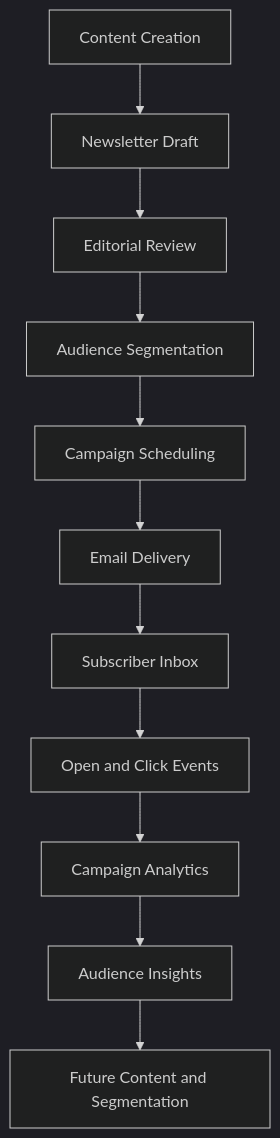
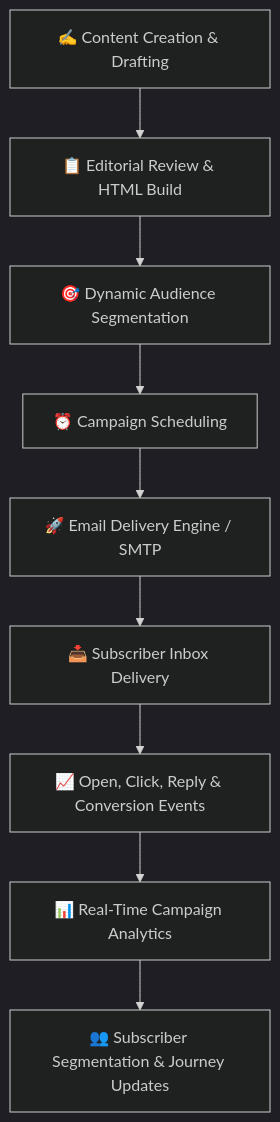
One commit to ishandutta2007/Awesome-Newsletter-Platform changed the first of 2 diagrams in README.md. Above: the diagram before and after it, drawn with Mermaid (dark theme). The commit also changed other lines of this file and 1 other file, not shown here.

````diff
--- a/README.md
+++ b/README.md
@@ -633,33 +389,11 @@
 ```mermaid
-
 flowchart TD
-
-    A[Content Creation] --> B[Newsletter Draft]
-
-    B --> C[Editorial Review]
-
-    C --> D[Audience Segmentation]
-
-
-
-    D --> E[Campaign Scheduling]
-
-    E --> F[Email Delivery]
-
-
-
-    F --> G[Subscriber Inbox]
-
-
-
-    G --> H[Open and Click Events]
-
-    H --> I[Campaign Analytics]
-
-
-
-    I --> J[Audience Insights]
-
-    J --> K[Future Content and Segmentation]
-
+    A[✍️ Content Creation & Drafting] --> B[📋 Editorial Review & HTML Build]
+    B --> C[🎯 Dynamic Audience Segmentation]
+    C --> D[⏰ Campaign Scheduling]
+    D --> E[🚀 Email Delivery Engine / SMTP]
+    E --> F[📥 Subscriber Inbox Delivery]
+    F --> G[📈 Open, Click, Reply & Conversion Events]
+    G --> H[📊 Real-Time Campaign Analytics]
+    H --> I[👥 Subscriber Segmentation & Journey Updates]
 ```
````
